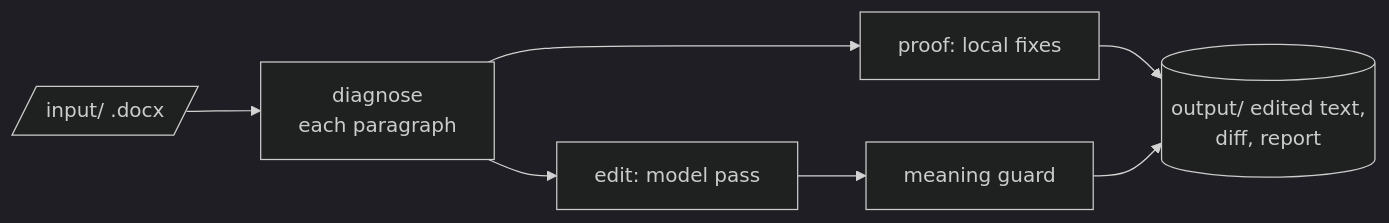
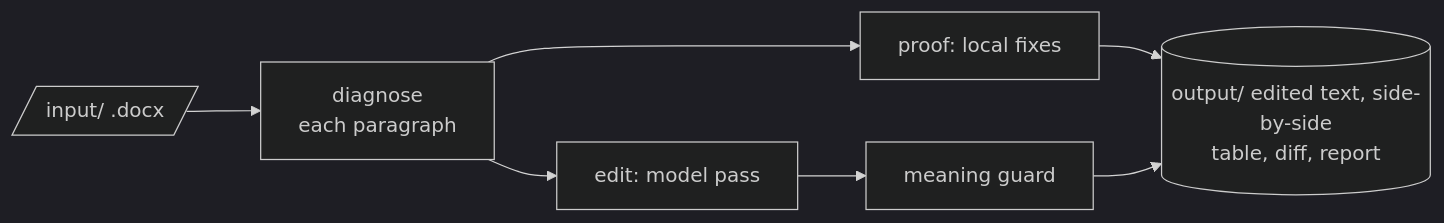
One commit to mashud37/kopi-workers changed the diagram in workers/kopi-editor/README.md. Above: the diagram before and after it, drawn with Mermaid (dark theme). The commit also changed other lines of this file and 4 other files, not shown here.

Commit message:
Write a side-by-side table of original and edited paragraphs, add logo

````diff
--- a/workers/kopi-editor/README.md
+++ b/workers/kopi-editor/README.md
@@ -14,9 +14,9 @@
 ```mermaid
 flowchart LR
     DOC[/"input/ .docx"/] --> DIAG["diagnose<br/>each paragraph"]
     DIAG --> PROOF["proof: local fixes"]
     DIAG --> EDIT["edit: model pass"]
     EDIT --> GUARD["meaning guard"]
-    PROOF --> OUT[("output/ edited text,<br/>diff, report")]
+    PROOF --> OUT[("output/ edited text, side-by-side<br/>table, diff, report")]
     GUARD --> OUT
 ```
````
